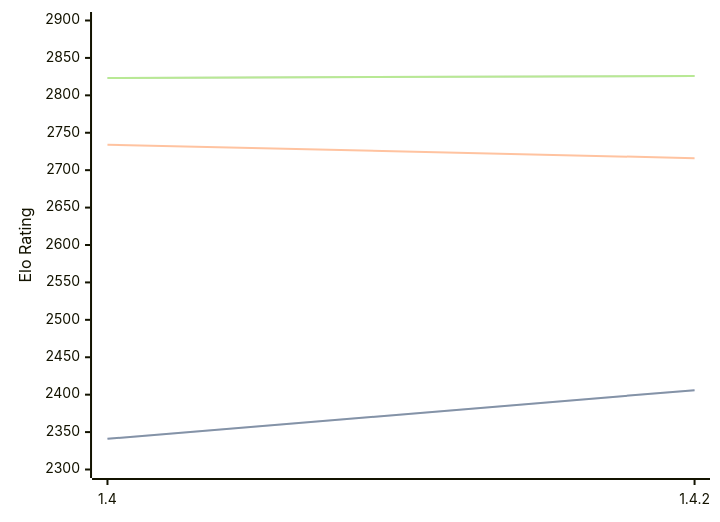
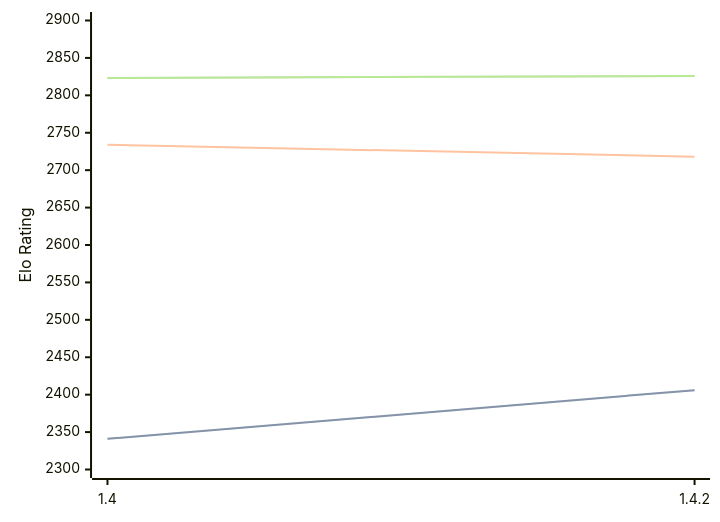
One commit to computer-chess-index/cci changed the diagram in engines/Spike.md. Above: the diagram before and after it, drawn with Mermaid. The commit also changed other lines of this file, not shown here.

````diff
--- a/engines/Spike.md
+++ b/engines/Spike.md
@@ -32,11 +32,11 @@
 ```mermaid
 %%{init: {"theme":"base","themeVariables":{"seriesColors:['#a3a3a3','#222221','#faa371']}}}%%
 xychart-beta
   x-axis ["1.4", "1.4.2"]
   y-axis "Elo Rating" 2300 --> 2900
   line "" [2341, 2406]
   line "STC (8.0+0.08s)" [2341, 2406]
-  line "LTC (60.0+0.60s)" [2734, 2716]
+  line "LTC (60.0+0.60s)" [2734, 2718]
   line "" [2823, 2826]
   line "VLTC (2m24s+1.12s)" [2823, 2826]
 ```
````
